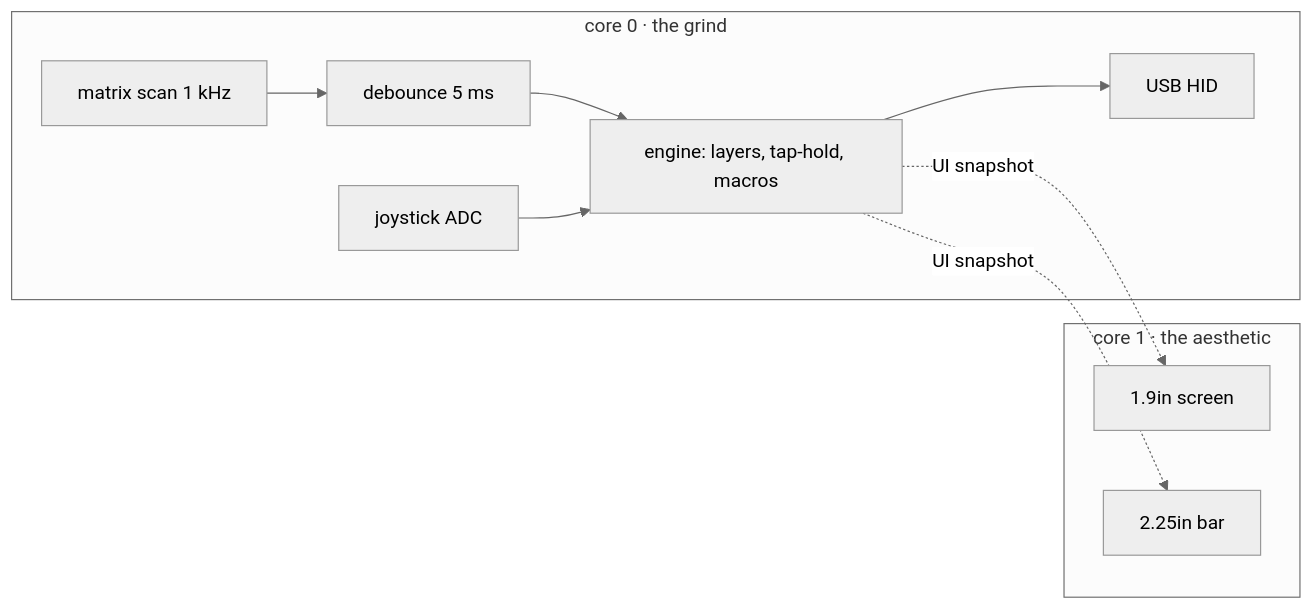
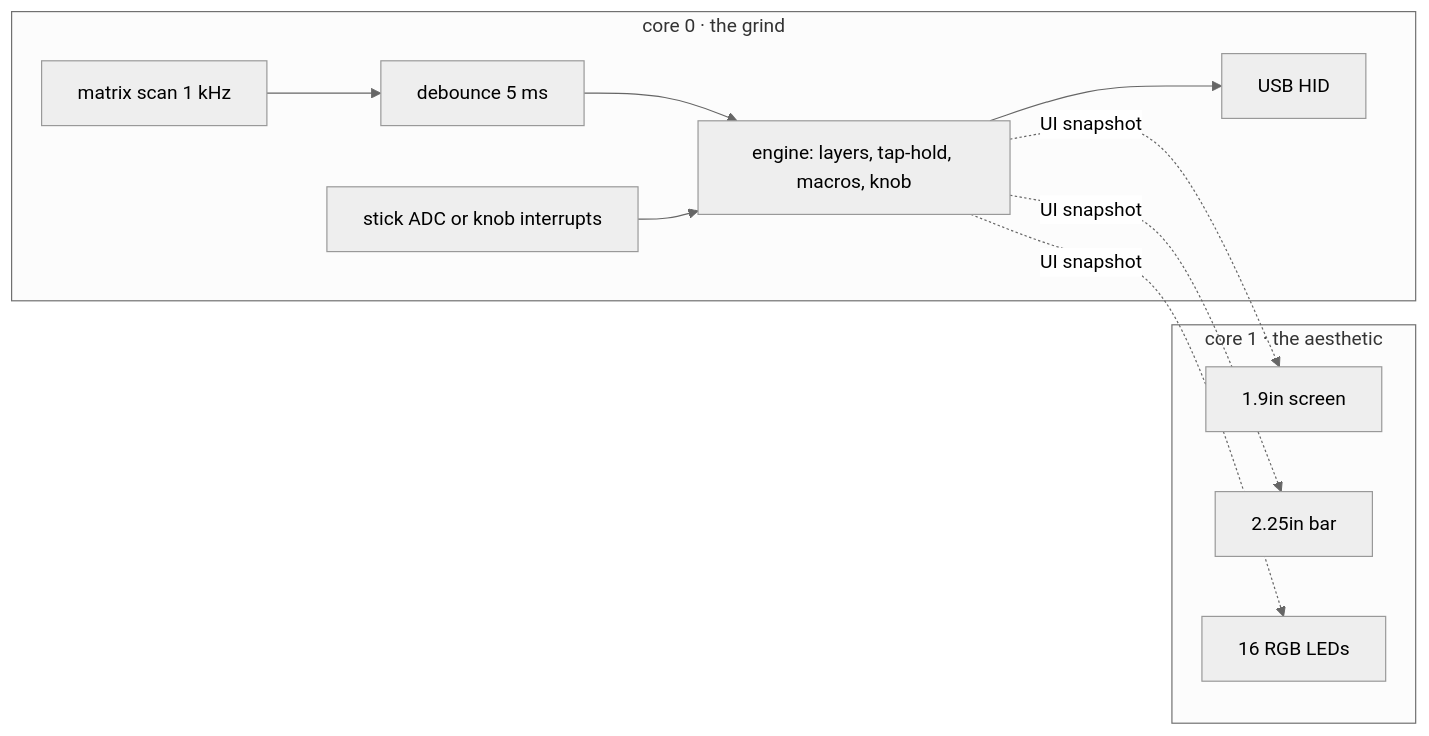
Before and after one commit to worxbend/macropad-nyxilab: the diagram in README.md, drawn with Mermaid (neutral theme). The commit also changed other lines of this file and 309 other files, not shown here.

````diff
--- a/README.md
+++ b/README.md
@@ -138,13 +193,15 @@
 ```mermaid
 flowchart LR
   subgraph core0["core 0 · the grind"]
-    scan["matrix scan 1 kHz"] --> deb["debounce 5 ms"] --> eng["engine: layers, tap-hold, macros"] --> usb["USB HID"]
-    joy["joystick ADC"] --> eng
+    scan["matrix scan 1 kHz"] --> deb["debounce 5 ms"] --> eng["engine: layers, tap-hold, macros, knob"] --> usb["USB HID"]
+    centre["stick ADC or knob interrupts"] --> eng
   end
   subgraph core1["core 1 · the aesthetic"]
     main["1.9in screen"]
     bar["2.25in bar"]
+    leds["16 RGB LEDs"]
   end
   eng -. "UI snapshot" .-> main
   eng -. "UI snapshot" .-> bar
+  eng -. "UI snapshot" .-> leds
 ```
````
